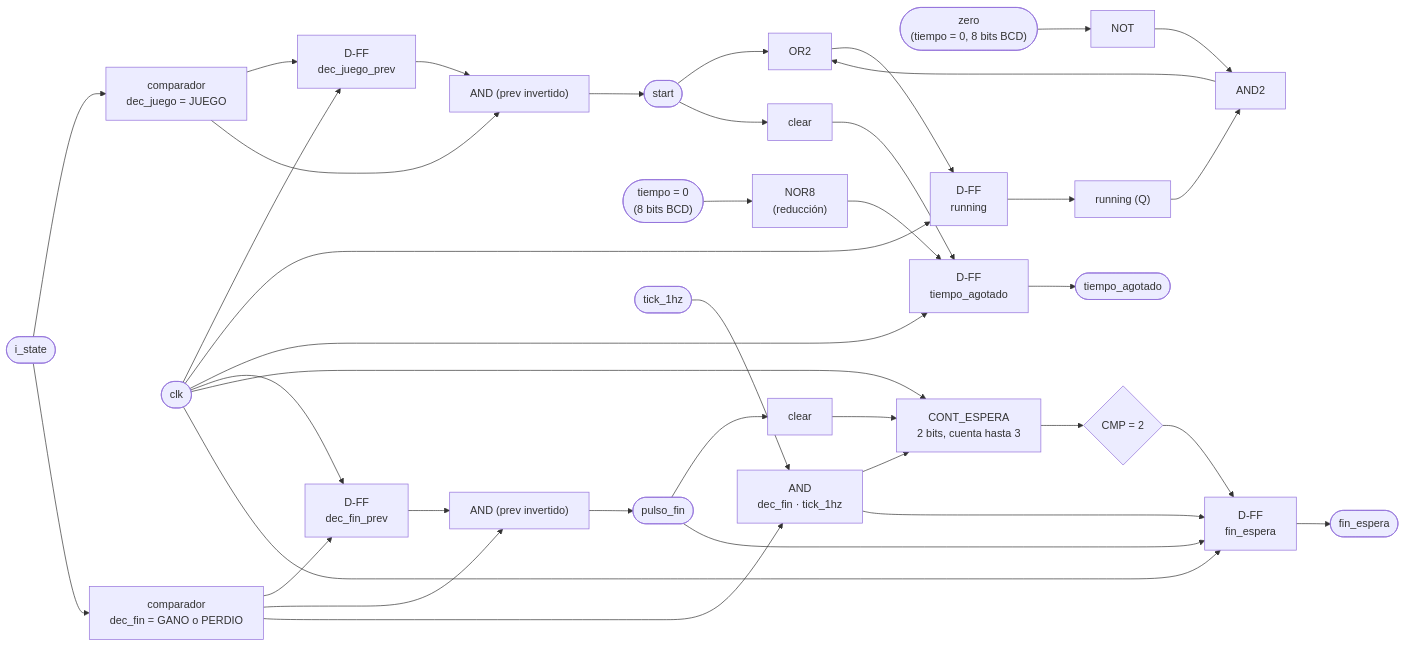
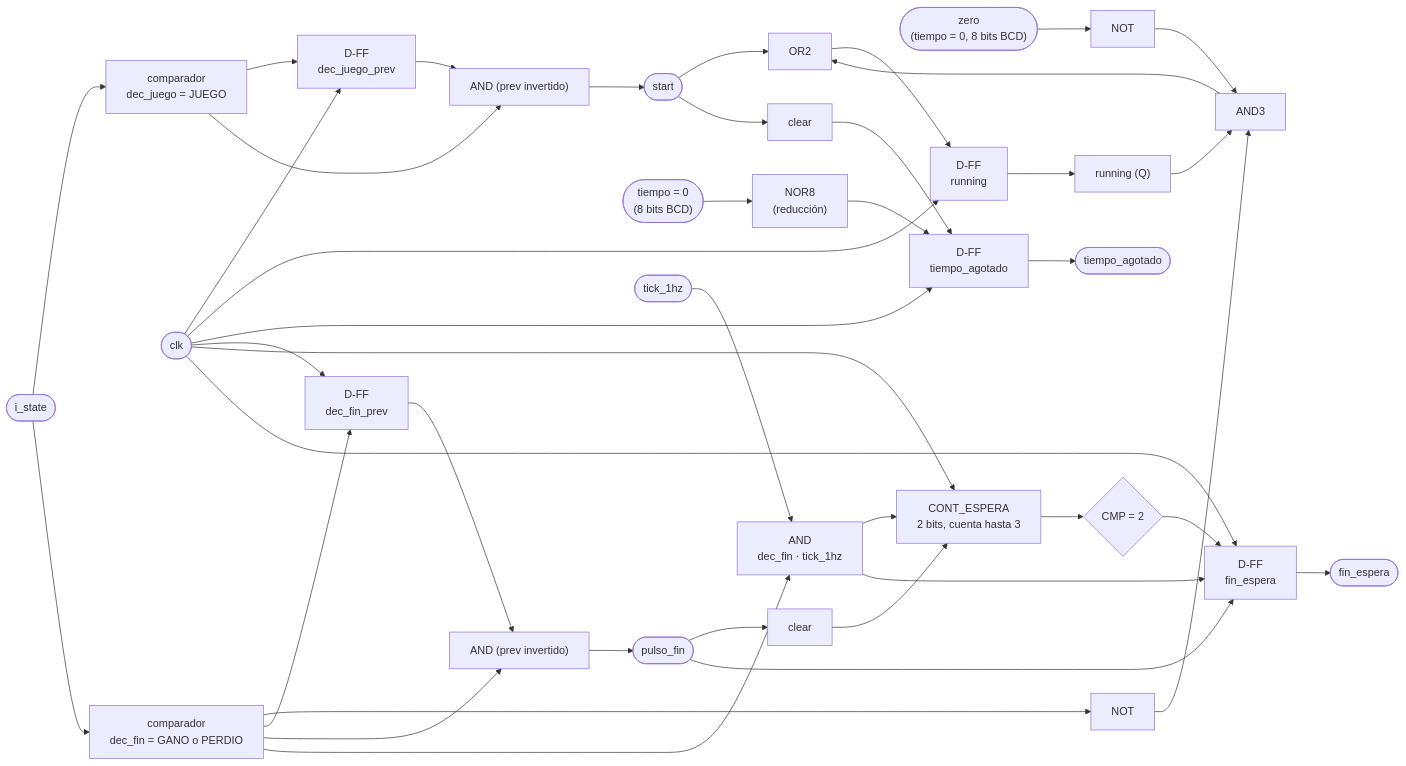
The second of 2 diagrams in docs/diseño/modulos/M03_Temporizador.md (Taller-de-diseno-digital-GR01/Proyecto-2-Ahorcado), drawn with Mermaid before and after one commit. The commit also changed other lines of this file and 4 other files, not shown here.

````diff
--- a/docs/diseño/modulos/M03_Temporizador.md
+++ b/docs/diseño/modulos/M03_Temporizador.md
@@ -128,45 +141,47 @@
 ```mermaid
 flowchart LR
     STATEIN(["i_state"]) --> DECJ["comparador<br/>dec_juego = JUEGO"]
     DECJ --> DJP["D-FF<br/>dec_juego_prev"]
     CLK1(["clk"]) --> DJP
     DECJ --> ANDJ["AND (prev invertido)"]
     DJP --> ANDJ
     ANDJ --> START(["start"])
 
     ZERO(["zero<br/>(tiempo = 0, 8 bits BCD)"]) --> NOT1["NOT"]
-    RUNQ["running (Q)"] --> AND1["AND2"]
+    DECF --> NOT2["NOT"]
+    RUNQ["running (Q)"] --> AND1["AND3"]
     NOT1 --> AND1
+    NOT2 --> AND1
     AND1 --> OR1["OR2"]
     START --> OR1
     OR1 --> D1["D-FF<br/>running"]
     CLK1 --> D1
     D1 --> RUNQ
 
     T0(["tiempo = 0<br/>(8 bits BCD)"]) --> NOR1["NOR8<br/>(reducción)"]
     NOR1 --> D2["D-FF<br/>tiempo_agotado"]
     START --> RST2["clear"]
     RST2 --> D2
     CLK1 --> D2
     D2 --> OUTFIN(["tiempo_agotado"])
 
     STATEIN --> DECF["comparador<br/>dec_fin = GANO o PERDIO"]
     DECF --> DFP["D-FF<br/>dec_fin_prev"]
     CLK1 --> DFP
     DECF --> ANDF["AND (prev invertido)"]
     DFP --> ANDF
     ANDF --> PULSOFIN(["pulso_fin"])
 
     PULSOFIN --> CE_RST["clear"]
     TICK1HZ(["tick_1hz"]) --> CE_EN["AND<br/>dec_fin · tick_1hz"]
     DECF --> CE_EN
     CE_EN --> CE_CNT["CONT_ESPERA<br/>2 bits, cuenta hasta 3"]
     CE_RST --> CE_CNT
     CLK1 --> CE_CNT
     CE_CNT --> CE_CMP{"CMP = 2"}
     CE_CMP --> CE_D["D-FF<br/>fin_espera"]
     CE_EN --> CE_D
     PULSOFIN --> CE_D
     CLK1 --> CE_D
     CE_D --> OUTESPERA(["fin_espera"])
 ```
````
